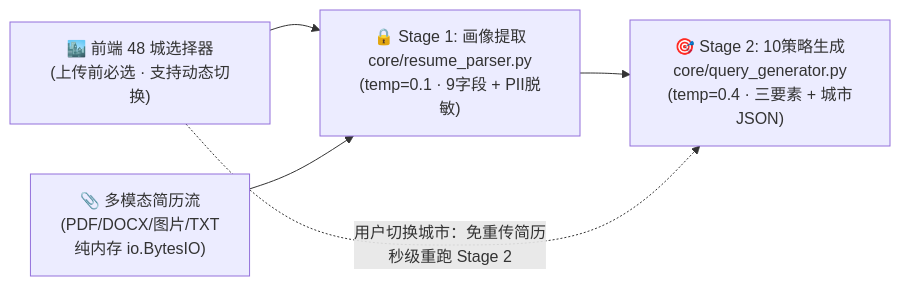
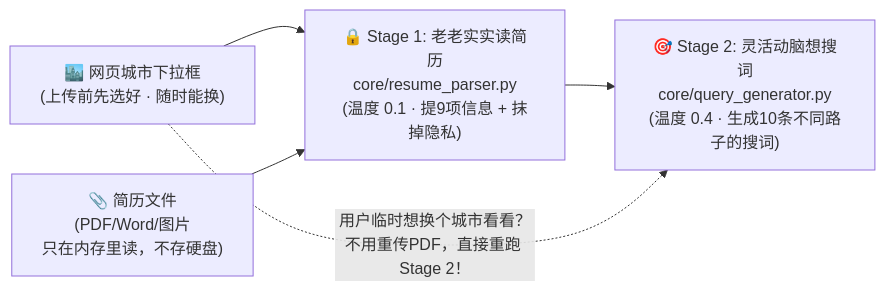
The diagram in tutorials/zh/02-stage1-stage2-resume-to-queries.md (jason-haha-69135/boss-zhipin-crawler), drawn with Mermaid before and after one commit. The commit also changed other lines of this file and 14 other files, not shown here.

````diff
--- a/tutorials/zh/02-stage1-stage2-resume-to-queries.md
+++ b/tutorials/zh/02-stage1-stage2-resume-to-queries.md
@@ -33,11 +33,11 @@
 ```mermaid
 flowchart LR
-    CityUI["🏙️ 前端 48 城选择器\n(上传前必选 · 支持动态切换)"]
-    Upload["📎 多模态简历流\n(PDF/DOCX/图片/TXT\n纯内存 io.BytesIO)"]
-    S1["🔒 Stage 1: 画像提取\ncore/resume_parser.py\n(temp=0.1 · 9字段 + PII脱敏)"]
-    S2["🎯 Stage 2: 10策略生成\ncore/query_generator.py\n(temp=0.4 · 三要素 + 城市JSON)"]
+    CityUI["🏙️ 网页城市下拉框\n(上传前先选好 · 随时能换)"]
+    Upload["📎 简历文件\n(PDF/Word/图片\n只在内存里读，不存硬盘)"]
+    S1["🔒 Stage 1: 老老实实读简历\ncore/resume_parser.py\n(温度 0.1 · 提9项信息 + 抹掉隐私)"]
+    S2["🎯 Stage 2: 灵活动脑想搜词\ncore/query_generator.py\n(温度 0.4 · 生成10条不同路子的搜词)"]
 
     CityUI --> S1
     Upload --> S1 --> S2
-    CityUI -.->|"用户切换城市：免重传简历\n秒级重跑 Stage 2"| S2
+    CityUI -.->|"用户临时想换个城市看看？\n不用重传PDF，直接重跑 Stage 2！"| S2
 ```
````
